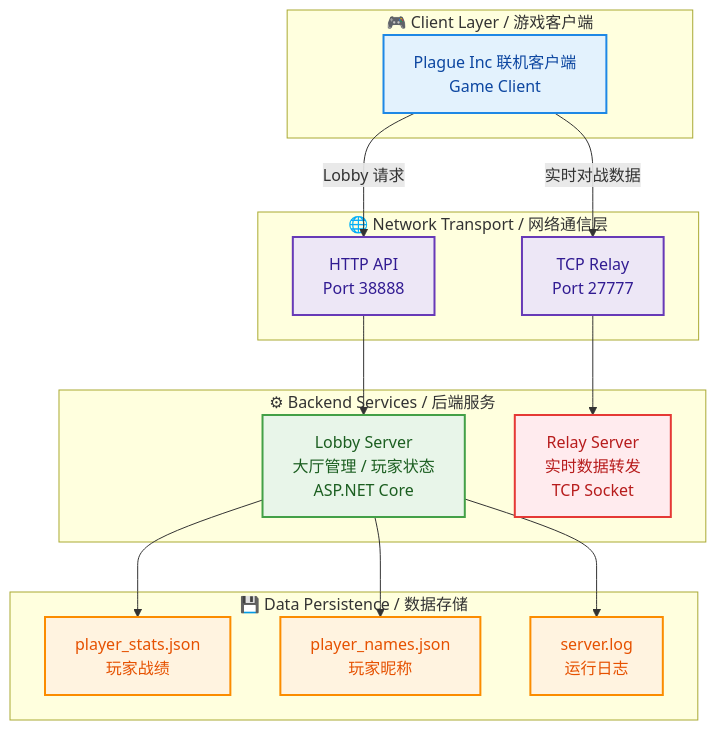
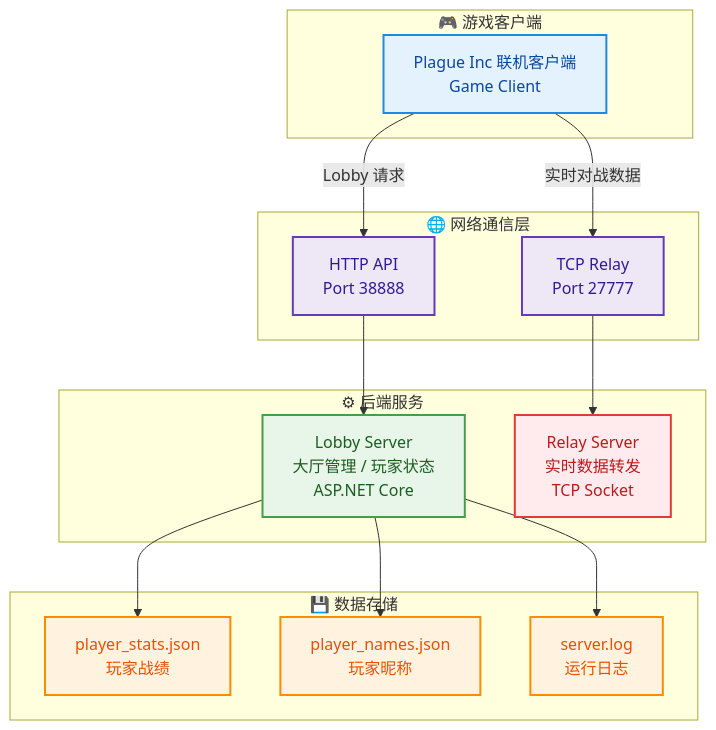
Before and after one commit to Shallowind/Plague-Lobby-Server: the diagram in readme.md, drawn with Mermaid.

Commit message:
Update subgraph labels in readme.md

````diff
--- a/readme.md
+++ b/readme.md
@@ -41,64 +41,64 @@
 ```mermaid
 flowchart TB
 
 %% =========================
 %% Style Definitions
 %% =========================
 classDef client fill:#e3f2fd,stroke:#1e88e5,stroke-width:2px,color:#0d47a1
 classDef network fill:#ede7f6,stroke:#673ab7,stroke-width:2px,color:#311b92
 classDef lobby fill:#e8f5e9,stroke:#43a047,stroke-width:2px,color:#1b5e20
 classDef relay fill:#ffebee,stroke:#e53935,stroke-width:2px,color:#b71c1c
 classDef storage fill:#fff3e0,stroke:#fb8c00,stroke-width:2px,color:#e65100
 
 %% =========================
 %% Client Layer
 %% =========================
-subgraph CLIENT["🎮 Client Layer / 游戏客户端"]
+subgraph CLIENT["🎮 游戏客户端"]
     GAME["Plague Inc 联机客户端<br/>Game Client"]
 end
 class GAME client
 
 %% =========================
 %% Network Layer
 %% =========================
-subgraph NETWORK["🌐 Network Transport / 网络通信层"]
+subgraph NETWORK["🌐 网络通信层"]
     HTTP["HTTP API<br/>Port 38888"]
     TCP["TCP Relay<br/>Port 27777"]
 end
 class HTTP,TCP network
 
 %% =========================
 %% Backend Services
 %% =========================
-subgraph BACKEND["⚙ Backend Services / 后端服务"]
+subgraph BACKEND["⚙ 后端服务"]
     LOBBY["Lobby Server<br/>大厅管理 / 玩家状态<br/>ASP.NET Core"]
 
     RELAY["Relay Server<br/>实时数据转发<br/>TCP Socket"]
 end
 
 class LOBBY lobby
 class RELAY relay
 
 %% =========================
 %% Storage Layer
 %% =========================
-subgraph STORAGE["💾 Data Persistence / 数据存储"]
+subgraph STORAGE["💾 数据存储"]
     JSON1["player_stats.json<br/>玩家战绩"]
     JSON2["player_names.json<br/>玩家昵称"]
     LOG["server.log<br/>运行日志"]
 end
 class JSON1,JSON2,LOG storage
 
 %% =========================
 %% Data Flow
 %% =========================
 GAME -->|"Lobby 请求"| HTTP
 GAME -->|"实时对战数据"| TCP
 
 HTTP --> LOBBY
 TCP --> RELAY
 
 LOBBY --> JSON1
 LOBBY --> JSON2
 LOBBY --> LOG
 ```
````
